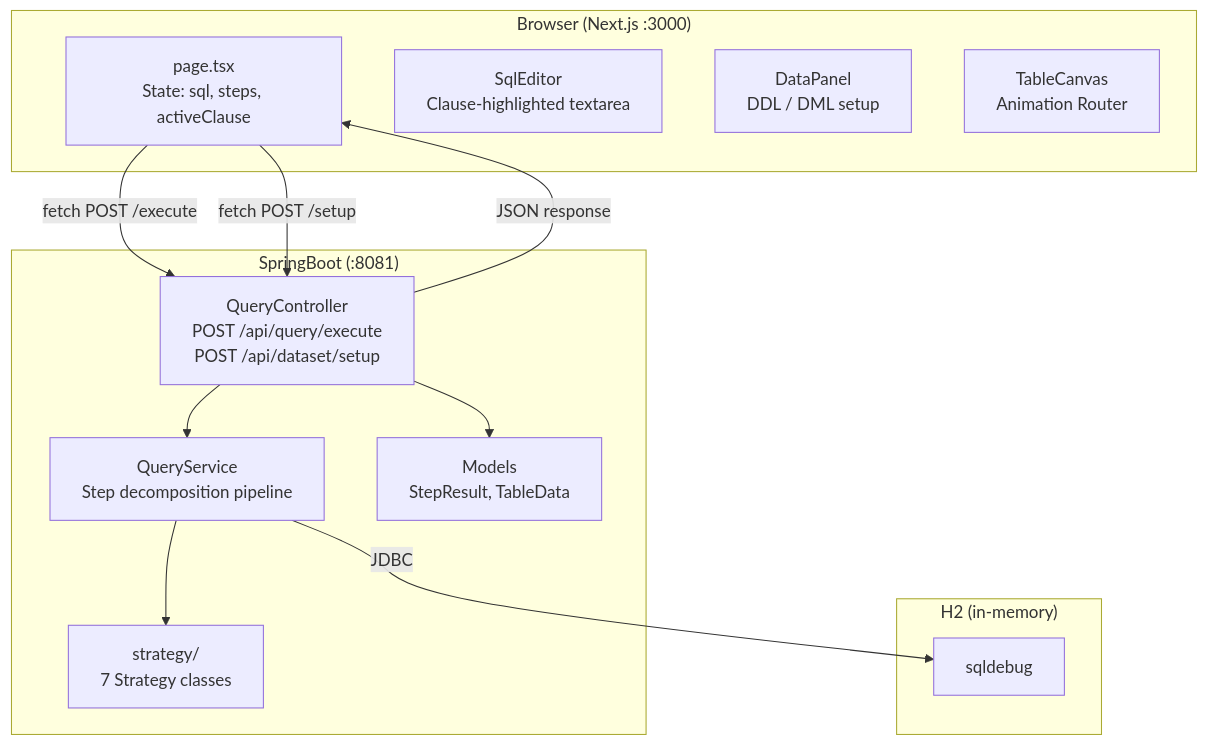
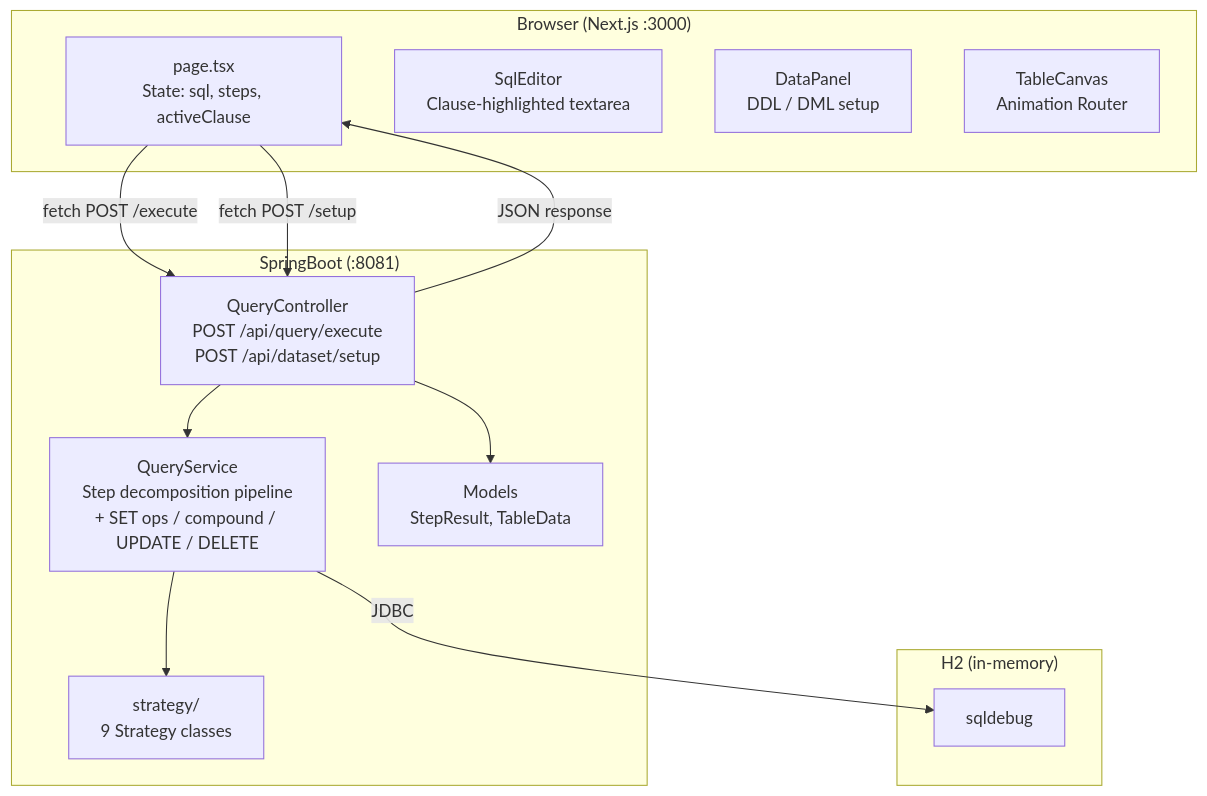
One commit to Voodels/Seeql changed the first of 5 diagrams in README.md. Above: the diagram before and after it, drawn with Mermaid. The commit also changed other lines of this file, not shown here.

Commit message:
Update README with all new features: ORDER BY, LIMIT, subqueries, set ops, multiple FROM, compound, LATERAL, UPDATE/DELETE, recursive CTE, window annotations

````diff
--- a/README.md
+++ b/README.md
@@ -11,28 +13,28 @@
 ```mermaid
 graph TB
     subgraph Browser["Browser (Next.js :3000)"]
         UI["page.tsx<br/>State: sql, steps, activeClause"]
         SE["SqlEditor<br/>Clause-highlighted textarea"]
         DP["DataPanel<br/>DDL / DML setup"]
         TC["TableCanvas<br/>Animation Router"]
     end
 
     subgraph Backend["SpringBoot (:8081)"]
         QC["QueryController<br/>POST /api/query/execute<br/>POST /api/dataset/setup"]
-        QS["QueryService<br/>Step decomposition pipeline"]
-        STR["strategy/<br/>7 Strategy classes"]
+        QS["QueryService<br/>Step decomposition pipeline<br/>+ SET ops / compound / UPDATE / DELETE"]
+        STR["strategy/<br/>9 Strategy classes"]
         MOD["Models<br/>StepResult, TableData"]
     end
 
     subgraph DB["H2 (in-memory)"]
         H2["sqldebug"]
     end
 
     UI -->|fetch POST /execute| QC
     UI -->|fetch POST /setup| QC
     QC --> QS
     QS --> STR
     QS -->|JDBC| H2
     QC --> MOD
     QC -->|JSON response| UI
 ```
````
